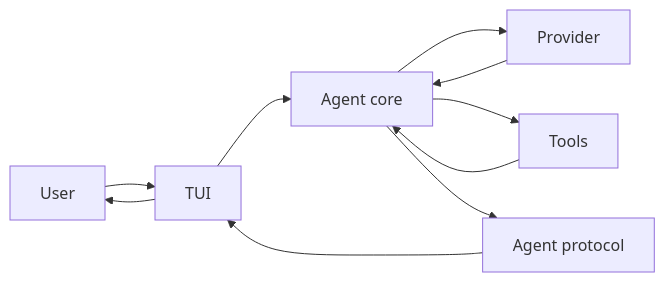
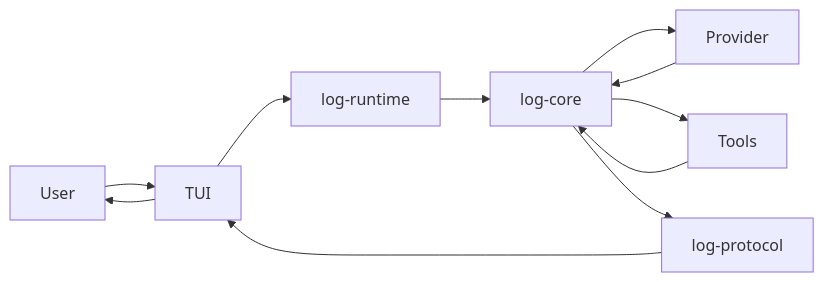
Before and after one commit to lseman/logician: the second of 2 diagrams in docs/architecture/overview.md, drawn with Mermaid. The commit also changed other lines of this file and 13 other files, not shown here.

First line of the commit message:
docs: update docs and architecture site for log-* package rename

````diff
--- a/docs/architecture/overview.md
+++ b/docs/architecture/overview.md
@@ -123,8 +135,8 @@
 ```mermaid
 flowchart LR
-    User --> TUI --> Core["Agent core"] --> Provider
+    User --> TUI --> Runtime["log-runtime"] --> Core["log-core"] --> Provider
     Provider --> Core
     Core --> Tools
     Tools --> Core
-    Core --> Protocol["Agent protocol"] --> TUI --> User
+    Core --> Protocol["log-protocol"] --> TUI --> User
 ```
````
